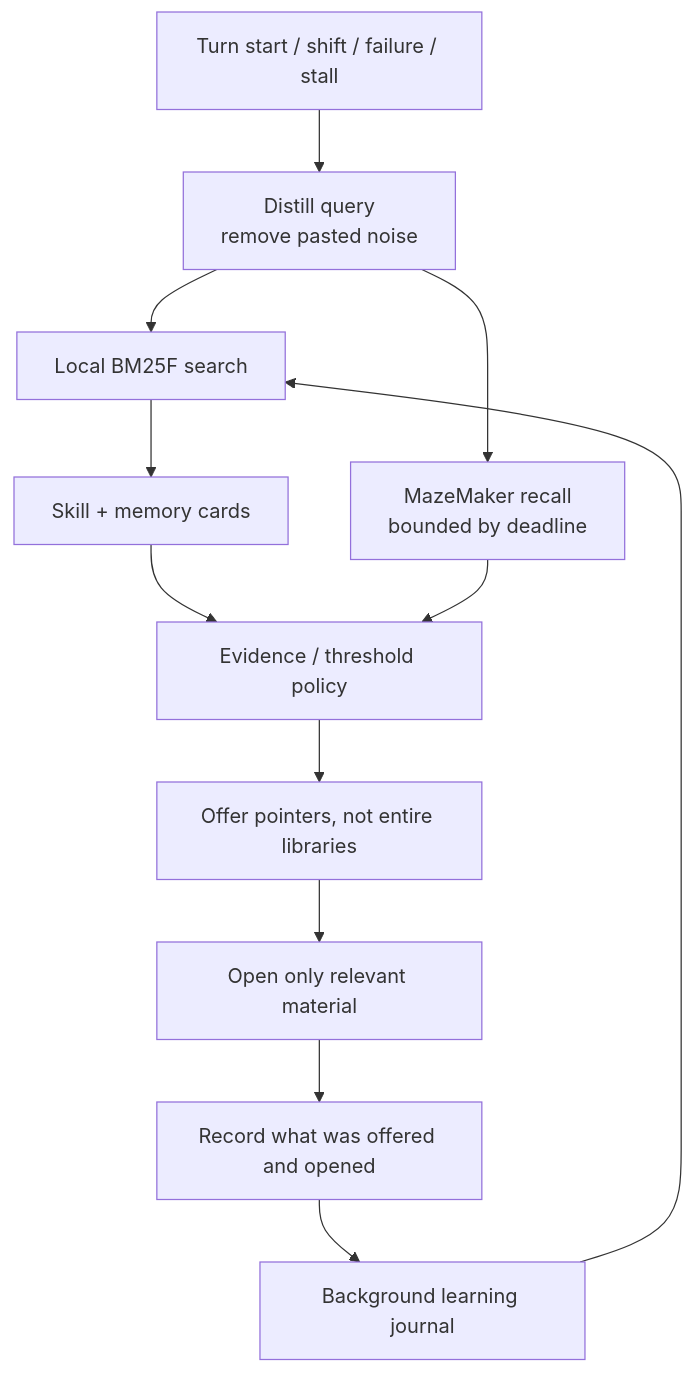
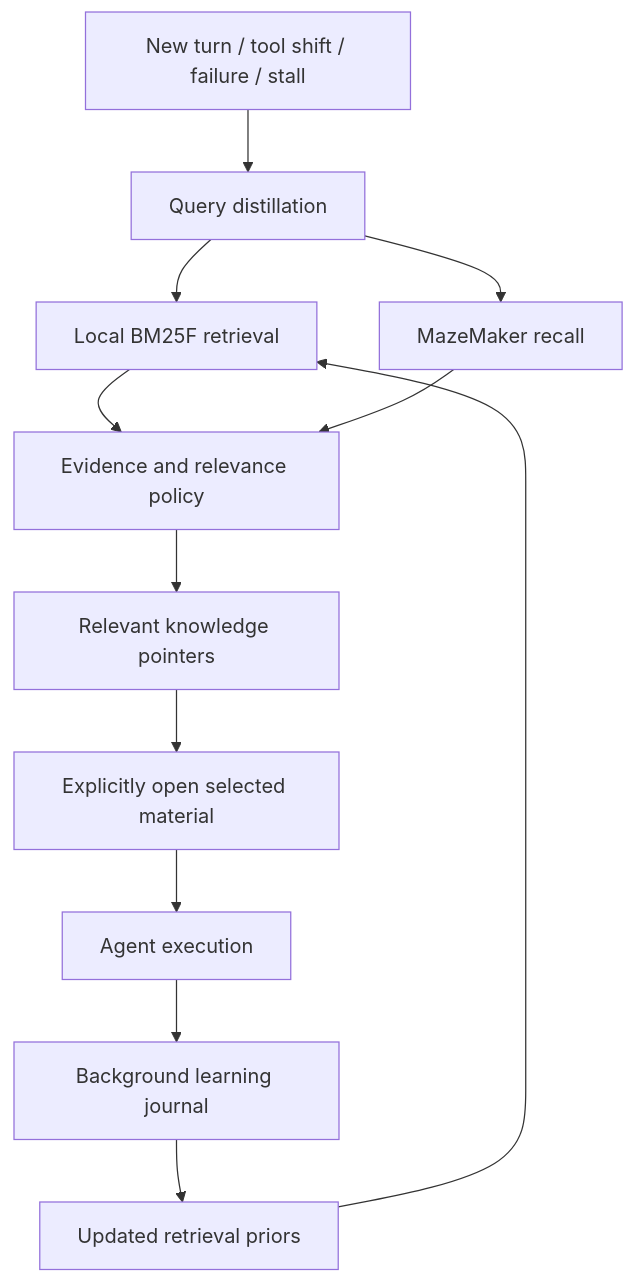
Before and after one commit to itsXactlY/ariadne: the fourth of 6 diagrams in README.md, drawn with Mermaid. The commit also changed other lines of this file and 1 other file, not shown here.

````diff
--- a/README.md
+++ b/README.md
@@ -169,14 +255,20 @@
 ```mermaid
 flowchart TD
-    SIGNAL["Turn start / shift / failure / stall"] --> DISTILL["Distill query\nremove pasted noise"]
-    DISTILL --> LOCAL["Local BM25F search"]
-    LOCAL --> CARDS["Skill + memory cards"]
-    DISTILL --> REMOTE["MazeMaker recall\nbounded by deadline"]
-    CARDS --> POLICY["Evidence / threshold policy"]
+    EVENT["New turn / tool shift / failure / stall"]
+    EVENT --> QUERY["Query distillation"]
+
+    QUERY --> LOCAL["Local BM25F retrieval"]
+    QUERY --> REMOTE["MazeMaker recall"]
+
+    LOCAL --> POLICY["Evidence and relevance policy"]
     REMOTE --> POLICY
-    POLICY --> OFFER["Offer pointers, not entire libraries"]
-    OFFER --> OPEN["Open only relevant material"]
-    OPEN --> TRACE["Record what was offered and opened"]
-    TRACE --> PRIORS["Background learning journal"]
+
+    POLICY --> POINTERS["Relevant knowledge pointers"]
+    POINTERS --> OPEN["Explicitly open selected material"]
+
+    OPEN --> EXEC["Agent execution"]
+    EXEC --> JOURNAL["Background learning journal"]
+
+    JOURNAL --> PRIORS["Updated retrieval priors"]
     PRIORS --> LOCAL
 ```
````
